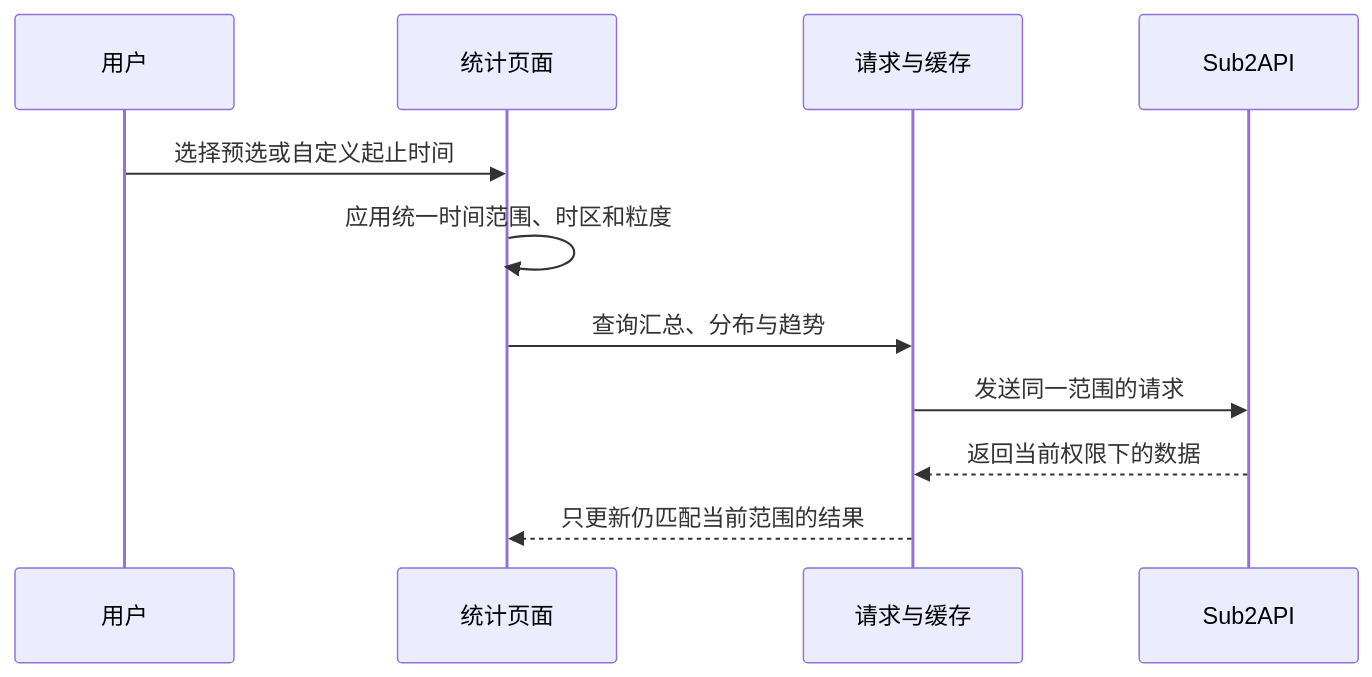
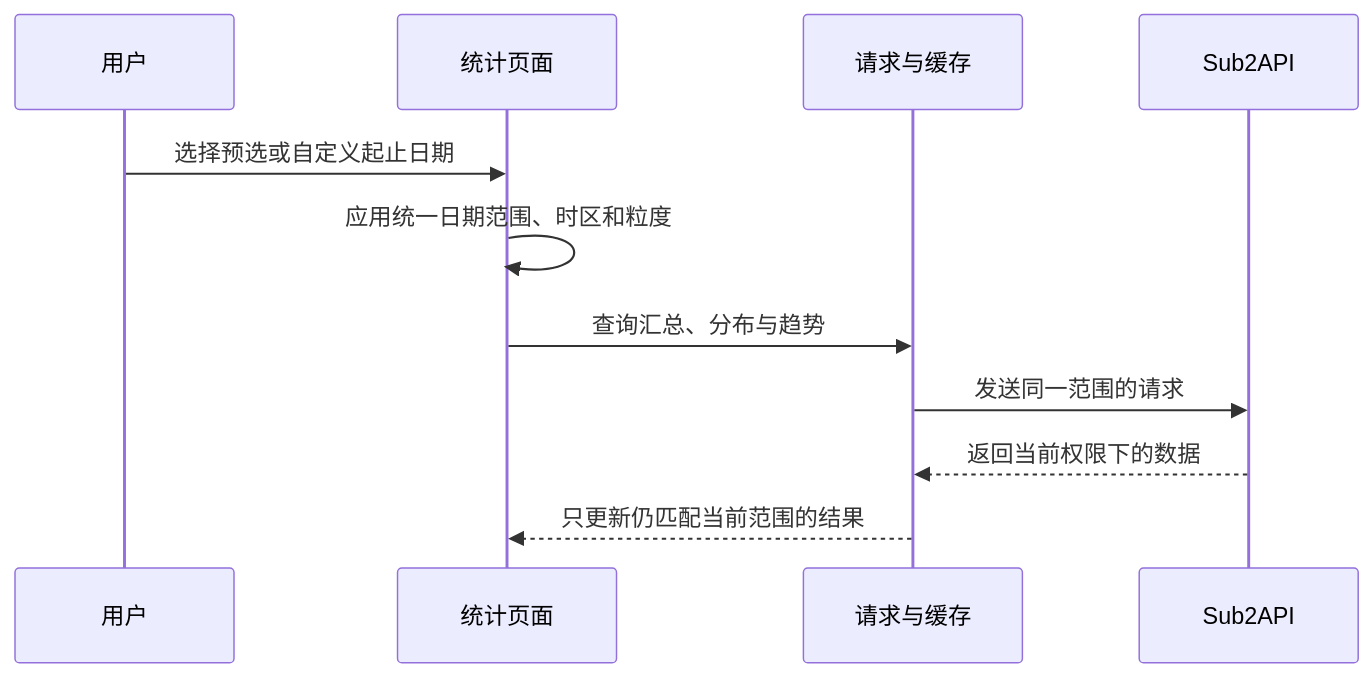
Before and after one commit to evepupil/sub2api-enterprise: the second of 2 diagrams in frontend-portal/docs/架构设计.md, drawn with Mermaid. The commit also changed other lines of this file and 13 other files, not shown here.

````diff
--- a/frontend-portal/docs/架构设计.md
+++ b/frontend-portal/docs/架构设计.md
@@ -91,13 +91,13 @@
 ```mermaid
 sequenceDiagram
   participant U as 用户
   participant P as 统计页面
   participant Q as 请求与缓存
   participant G as Sub2API
-  U->>P: 选择预选或自定义起止时间
-  P->>P: 应用统一时间范围、时区和粒度
+  U->>P: 选择预选或自定义起止日期
+  P->>P: 应用统一日期范围、时区和粒度
   P->>Q: 查询汇总、分布与趋势
   Q->>G: 发送同一范围的请求
   G-->>Q: 返回当前权限下的数据
   Q-->>P: 只更新仍匹配当前范围的结果
 ```
````
